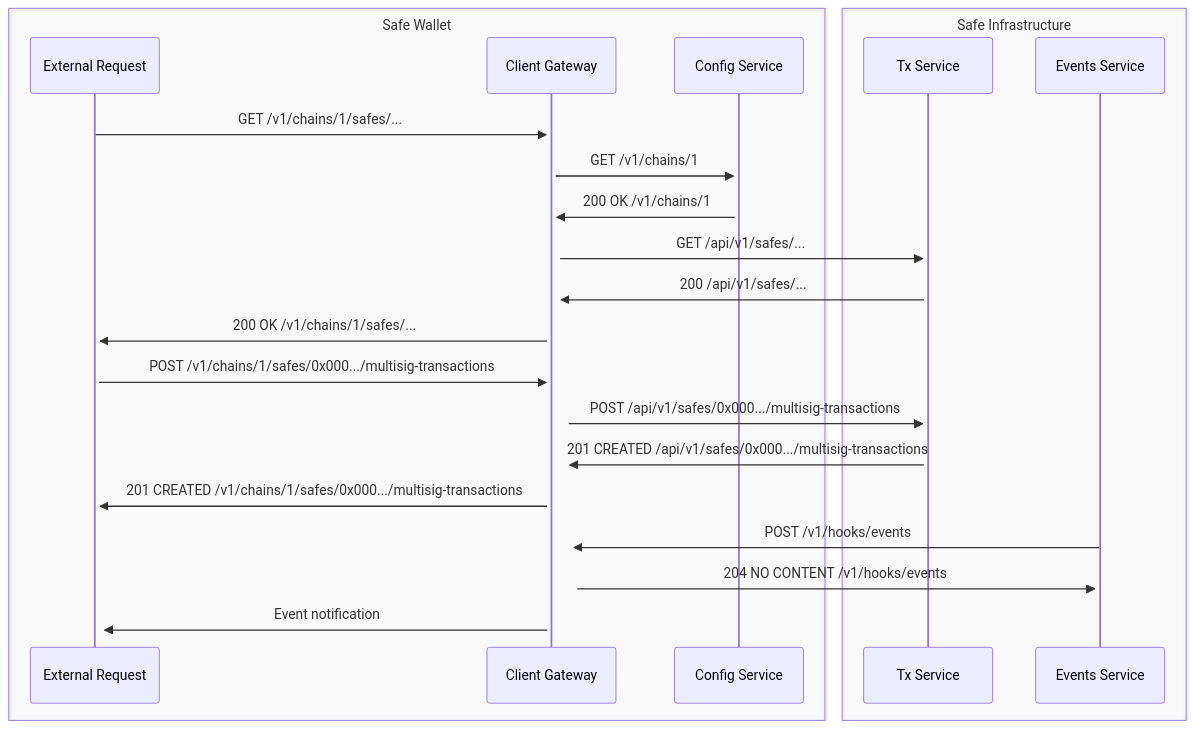
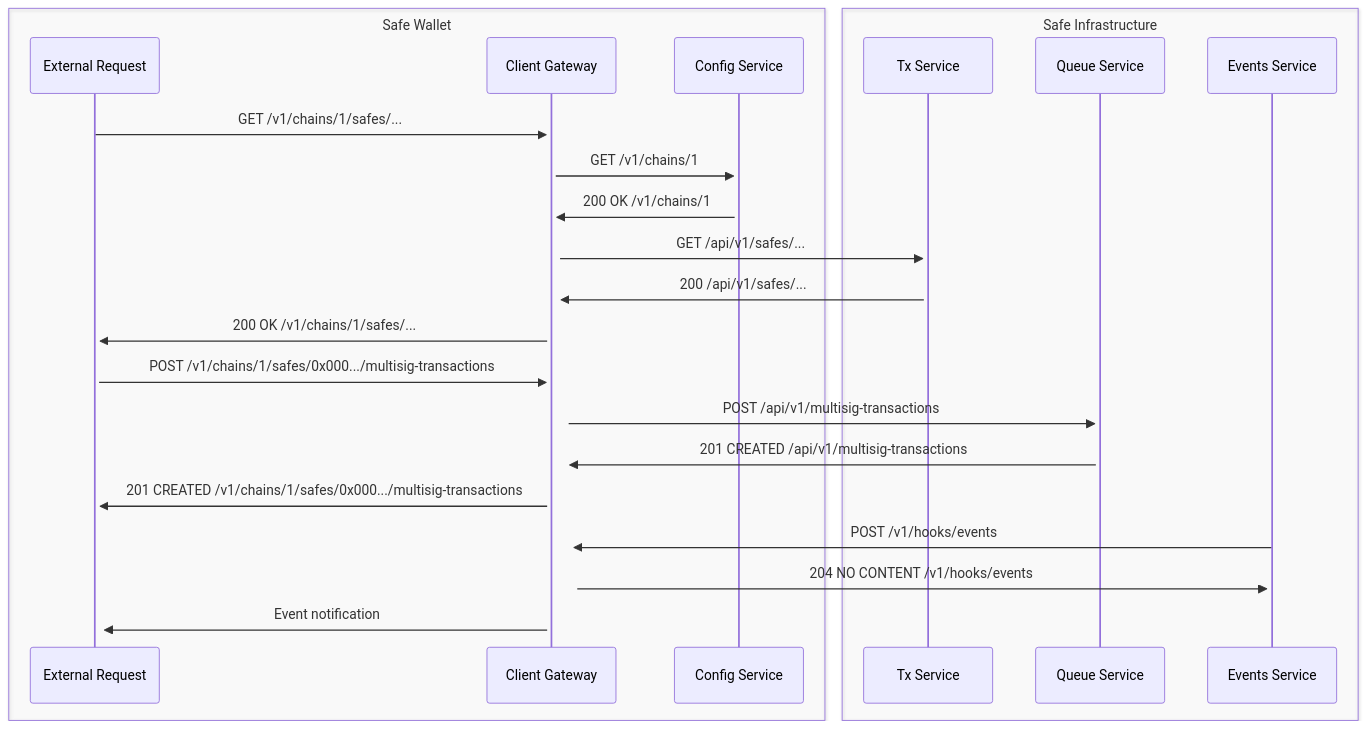
One commit to safe-global/safe-docs changed the diagram in pages/core-api/api-overview.mdx. Above: the diagram before and after it, drawn with Mermaid. The commit also changed other lines of this file and 721 other files, not shown here.

First line of the commit message:
feat: add Safe Queue Service API reference (#949)

````diff
--- a/pages/core-api/api-overview.mdx
+++ b/pages/core-api/api-overview.mdx
@@ -51,27 +60,27 @@
 ``` mermaid
 sequenceDiagram
     box rgba(255,255,255,.1) Safe Wallet
     participant External Request
     participant Client Gateway
     participant Config Service
     end
     box rgba(255,255,255,.1) Safe Infrastructure
     participant Tx Service
-    
+    participant Queue Service
     participant Events Service
     end
     External Request->>+Client Gateway: GET /v1/chains/1/safes/...
     Client Gateway->>+Config Service: GET /v1/chains/1
     Config Service->>+Client Gateway: 200 OK /v1/chains/1
     Client Gateway->>+Tx Service: GET /api/v1/safes/...
     Tx Service->>+Client Gateway: 200 /api/v1/safes/...
     Client Gateway->>+External Request: 200 OK /v1/chains/1/safes/...
 
     External Request->>+Client Gateway: POST /v1/chains/1/safes/0x000.../multisig-transactions
-    Client Gateway->>+Tx Service: POST /api/v1/safes/0x000.../multisig-transactions
-    Tx Service->>+Client Gateway: 201 CREATED /api/v1/safes/0x000.../multisig-transactions
+    Client Gateway->>+Queue Service: POST /api/v1/multisig-transactions
+    Queue Service->>+Client Gateway: 201 CREATED /api/v1/multisig-transactions
     Client Gateway->>+External Request: 201 CREATED /v1/chains/1/safes/0x000.../multisig-transactions
     Events Service->>+Client Gateway: POST /v1/hooks/events
     Client Gateway->>+Events Service: 204 NO CONTENT /v1/hooks/events
     Client Gateway->>+External Request: Event notification
 ```
````
